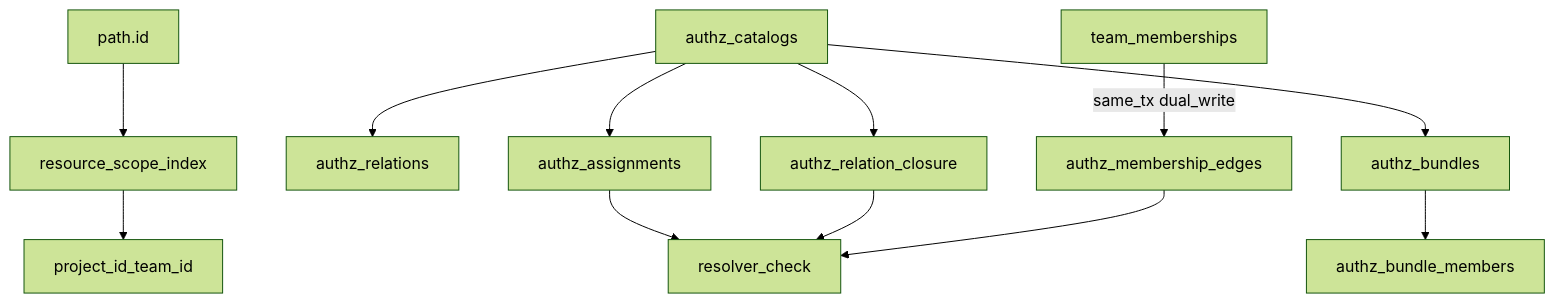
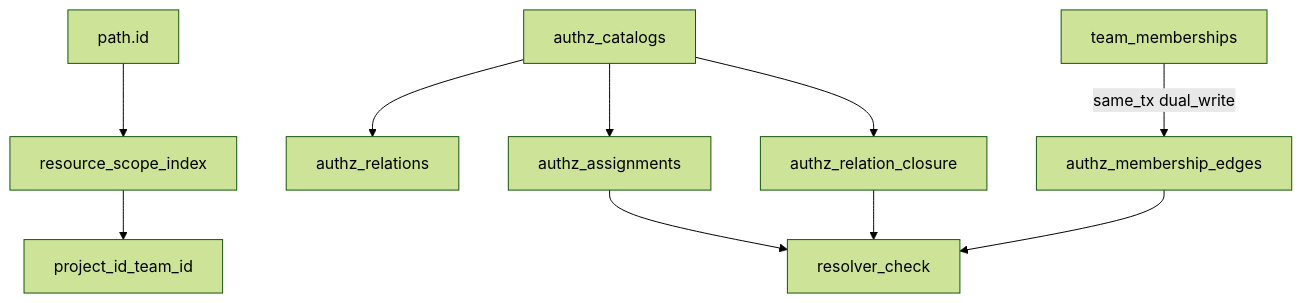
One commit to zitadel/nextgen changed the diagram in docs/design/api/permission-storage.md. Above: the diagram before and after it, drawn with Mermaid (forest theme). The commit also changed other lines of this file and 3 other files, not shown here.

````diff
--- a/docs/design/api/permission-storage.md
+++ b/docs/design/api/permission-storage.md
@@ -37,14 +38,12 @@
 ```mermaid
 flowchart TB
   pathId[path.id] --> rsi[resource_scope_index]
   rsi --> scopeCtx[project_id_team_id]
   catalogs[authz_catalogs] --> relations[authz_relations]
   catalogs --> closure[authz_relation_closure]
-  catalogs --> bundles[authz_bundles]
-  bundles --> bundleMembers[authz_bundle_members]
   catalogs --> assignments[authz_assignments]
   teamMemberships[team_memberships] -->|"same_tx dual_write"| edges[authz_membership_edges]
   assignments --> check[resolver_check]
   closure --> check
   edges --> check
 ```
````
